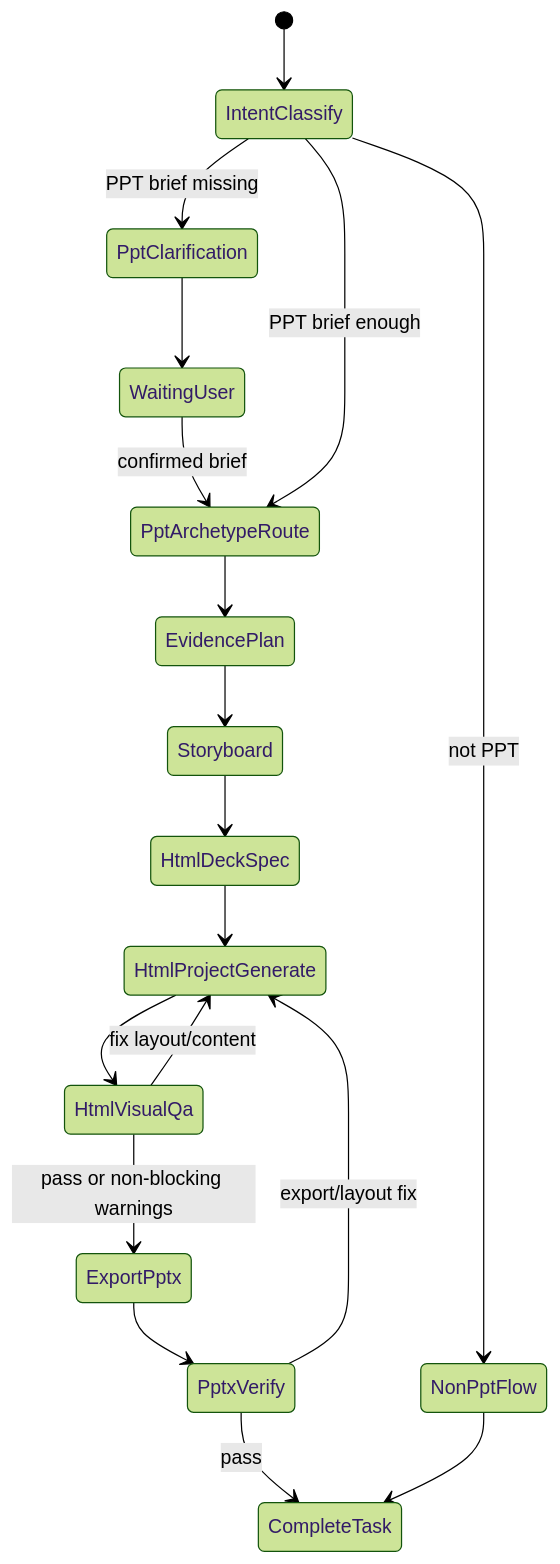
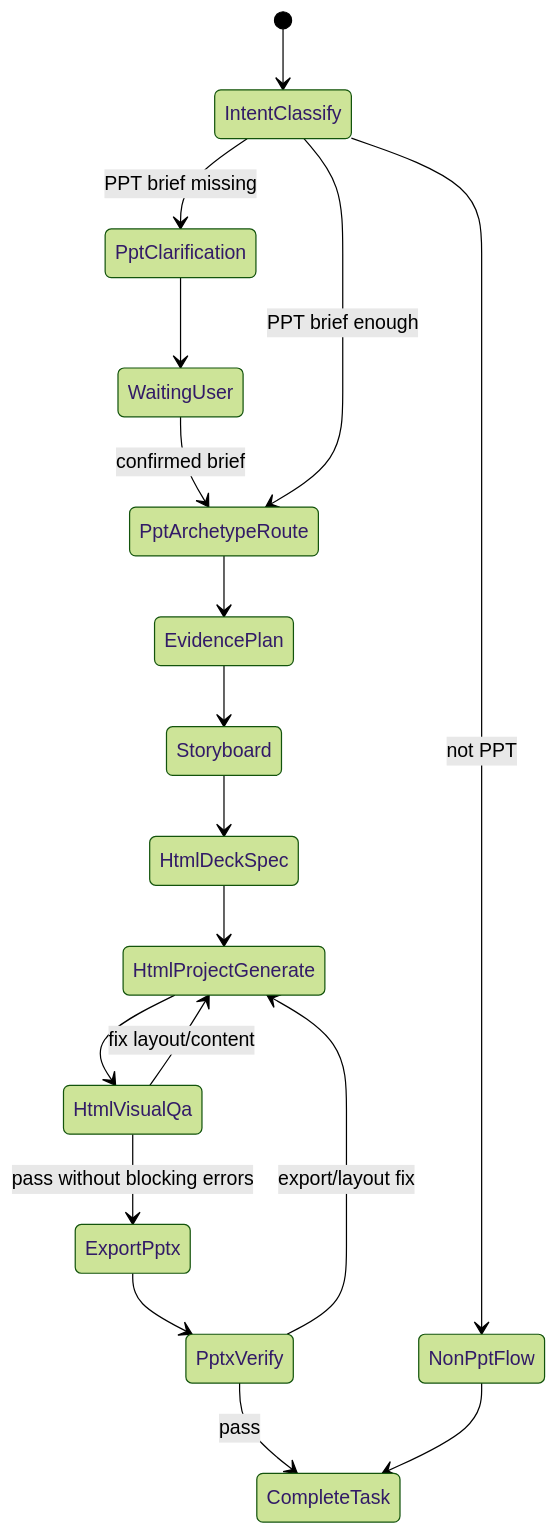
Before and after one commit to april-jk/oneceo: the second of 3 diagrams in docs/agent研发文档/20260527_PPT_HTML中间形态导出PPT方案_[20260527-1046已采用].md, drawn with Mermaid (forest theme). The commit also changed other lines of this file and 23 other files, not shown here.

````diff
--- a/docs/agent研发文档/20260527_PPT_HTML中间形态导出PPT方案_[20260527-1046已采用].md
+++ b/docs/agent研发文档/20260527_PPT_HTML中间形态导出PPT方案_[20260527-1046已采用].md
@@ -128,20 +128,20 @@
 ```mermaid
 stateDiagram-v2
   [*] --> IntentClassify
   IntentClassify --> NonPptFlow: not PPT
   IntentClassify --> PptClarification: PPT brief missing
   PptClarification --> WaitingUser
   WaitingUser --> PptArchetypeRoute: confirmed brief
   IntentClassify --> PptArchetypeRoute: PPT brief enough
   PptArchetypeRoute --> EvidencePlan
   EvidencePlan --> Storyboard
   Storyboard --> HtmlDeckSpec
   HtmlDeckSpec --> HtmlProjectGenerate
   HtmlProjectGenerate --> HtmlVisualQa
   HtmlVisualQa --> HtmlProjectGenerate: fix layout/content
-  HtmlVisualQa --> ExportPptx: pass or non-blocking warnings
+  HtmlVisualQa --> ExportPptx: pass without blocking errors
   ExportPptx --> PptxVerify
   PptxVerify --> CompleteTask: pass
   PptxVerify --> HtmlProjectGenerate: export/layout fix
   NonPptFlow --> CompleteTask
 ```
````
